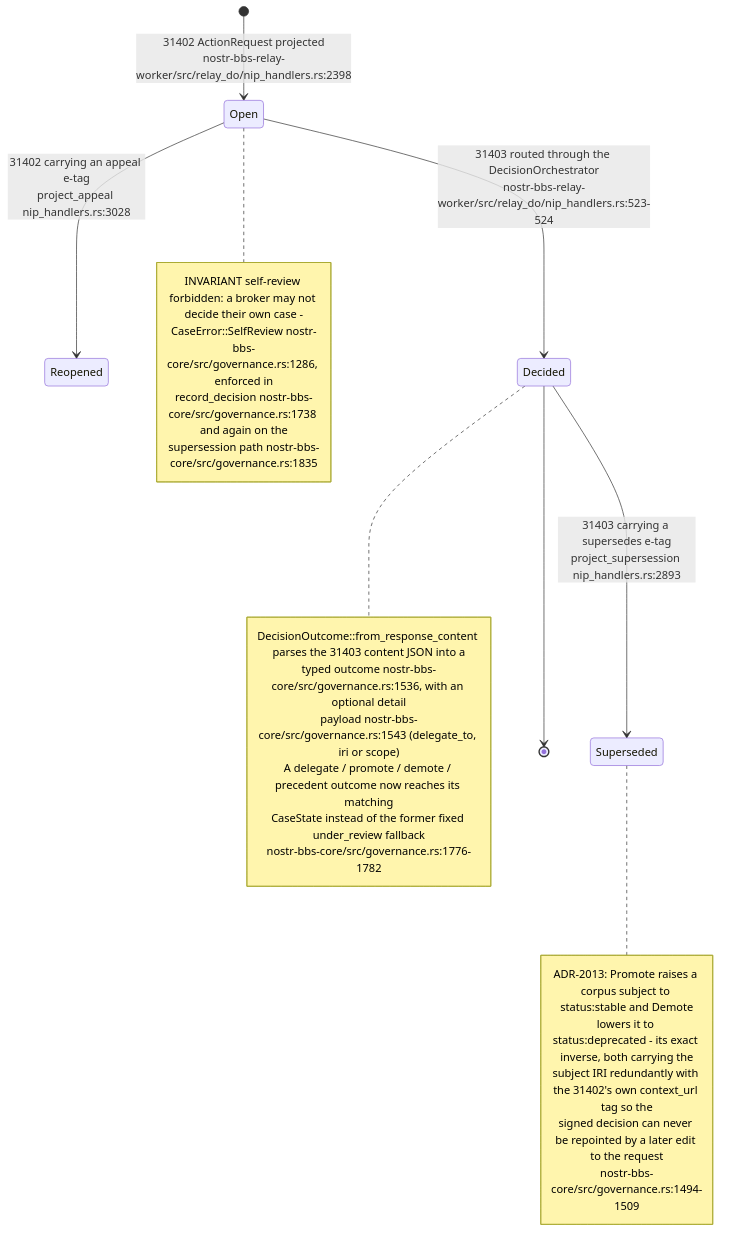
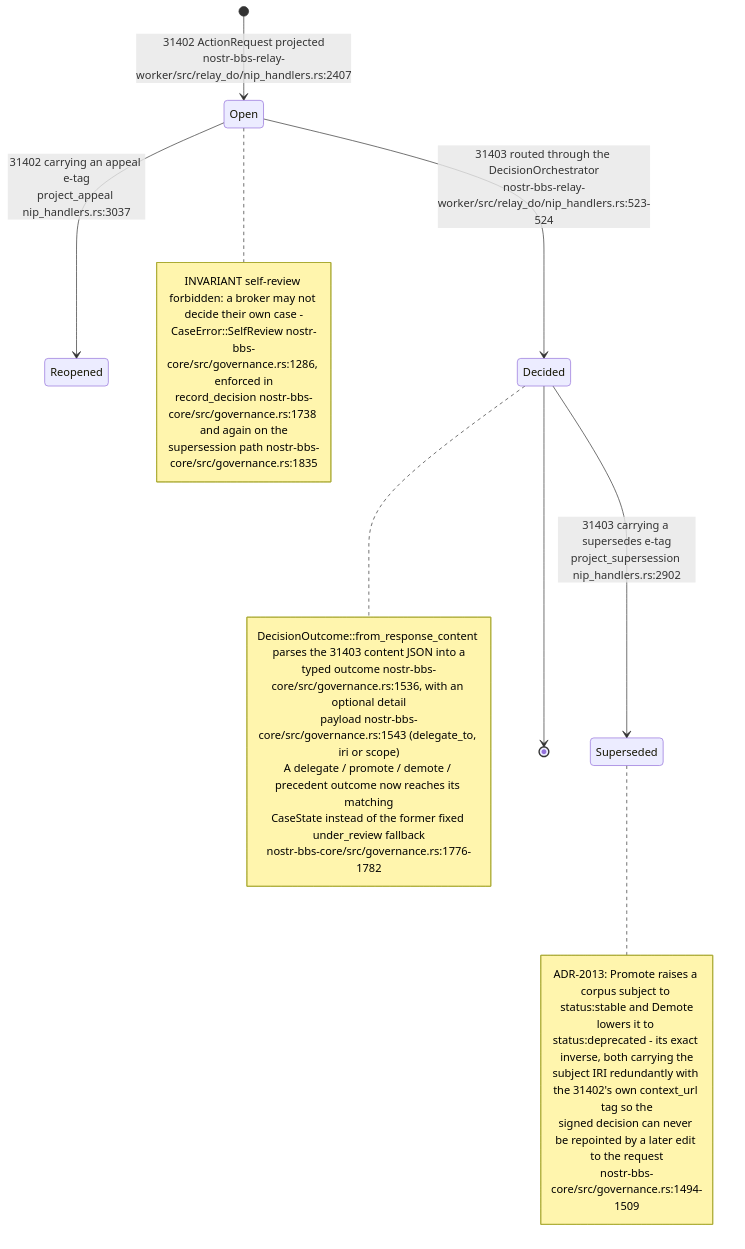
Before and after one commit to DreamLab-AI/VisionFlow: the fifth of 16 diagrams in docs/diagrams/nostr-rust-forum/06-agent-control-surface-31400-31405.md, drawn with Mermaid. The commit also changed other lines of this file and 26 other files, not shown here.

First line of the commit message:
docs(diagrams): re-verify solid-pod-rs, nostr-rust-forum and visionclaw 22/36 against HEAD

````diff
--- a/docs/diagrams/nostr-rust-forum/06-agent-control-surface-31400-31405.md
+++ b/docs/diagrams/nostr-rust-forum/06-agent-control-surface-31400-31405.md
@@ -139,30 +139,30 @@
 ```mermaid
 stateDiagram-v2
-    [*] --> Open: 31402 ActionRequest projected<br/>nostr-bbs-relay-worker/src/relay_do/nip_handlers.rs:2398
-    Open --> Reopened: 31402 carrying an appeal e-tag<br/>project_appeal nip_handlers.rs:3028
+    [*] --> Open: 31402 ActionRequest projected<br/>nostr-bbs-relay-worker/src/relay_do/nip_handlers.rs:2407
+    Open --> Reopened: 31402 carrying an appeal e-tag<br/>project_appeal nip_handlers.rs:3037
     Open --> Decided: 31403 routed through the DecisionOrchestrator<br/>nostr-bbs-relay-worker/src/relay_do/nip_handlers.rs:523-524
-    Decided --> Superseded: 31403 carrying a supersedes e-tag<br/>project_supersession nip_handlers.rs:2893
+    Decided --> Superseded: 31403 carrying a supersedes e-tag<br/>project_supersession nip_handlers.rs:2902
     Decided --> [*]
 
     note right of Decided
         DecisionOutcome::from_response_content parses the 31403 content JSON into a
         typed outcome nostr-bbs-core/src/governance.rs:1536, with an optional detail
         payload nostr-bbs-core/src/governance.rs:1543 (delegate_to, iri or scope)
         A delegate / promote / demote / precedent outcome now reaches its matching
         CaseState instead of the former fixed under_review fallback
         nostr-bbs-core/src/governance.rs:1776-1782
     end note
     note right of Open
         INVARIANT self-review forbidden: a broker may not decide their own case -
         CaseError::SelfReview nostr-bbs-core/src/governance.rs:1286, enforced in
         record_decision nostr-bbs-core/src/governance.rs:1738 and again on the
         supersession path nostr-bbs-core/src/governance.rs:1835
     end note
     note right of Superseded
         ADR-2013: Promote raises a corpus subject to status:stable and Demote
         lowers it to status:deprecated - its exact inverse, both carrying the
         subject IRI redundantly with the 31402's own context_url tag so the
         signed decision can never be repointed by a later edit to the request
         nostr-bbs-core/src/governance.rs:1494-1509
     end note
 ```
````
